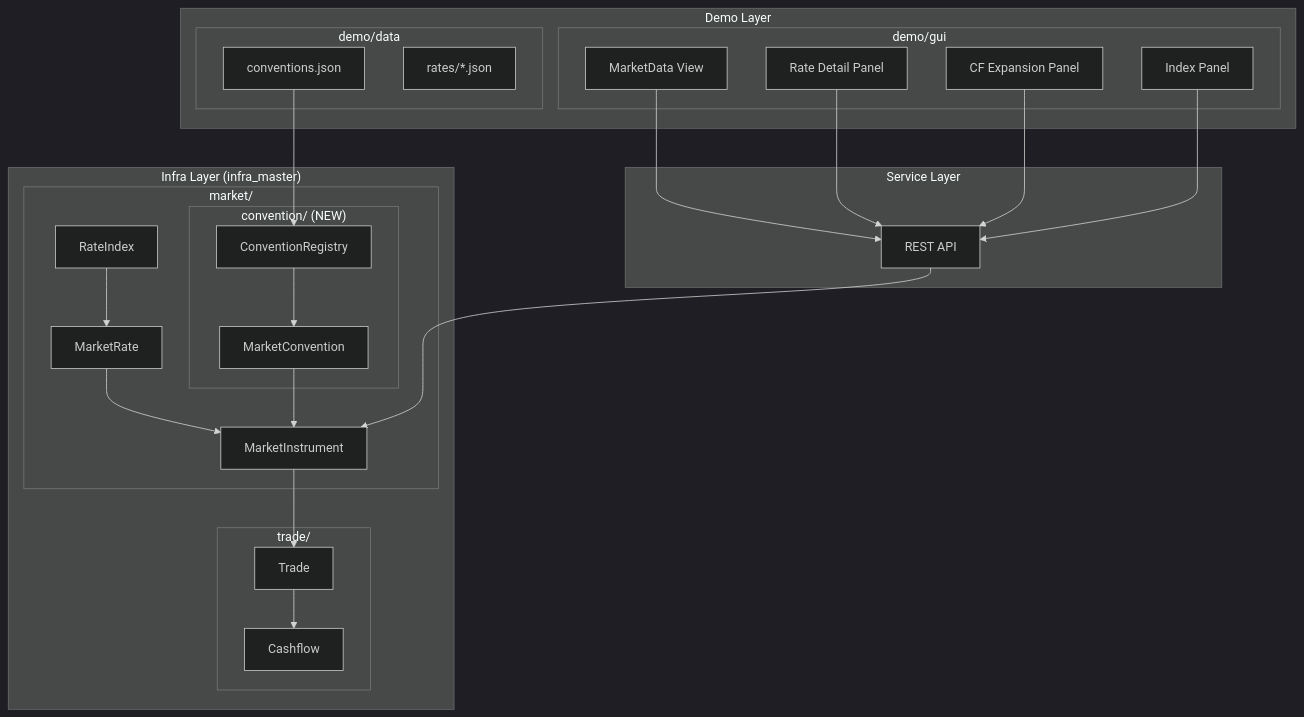
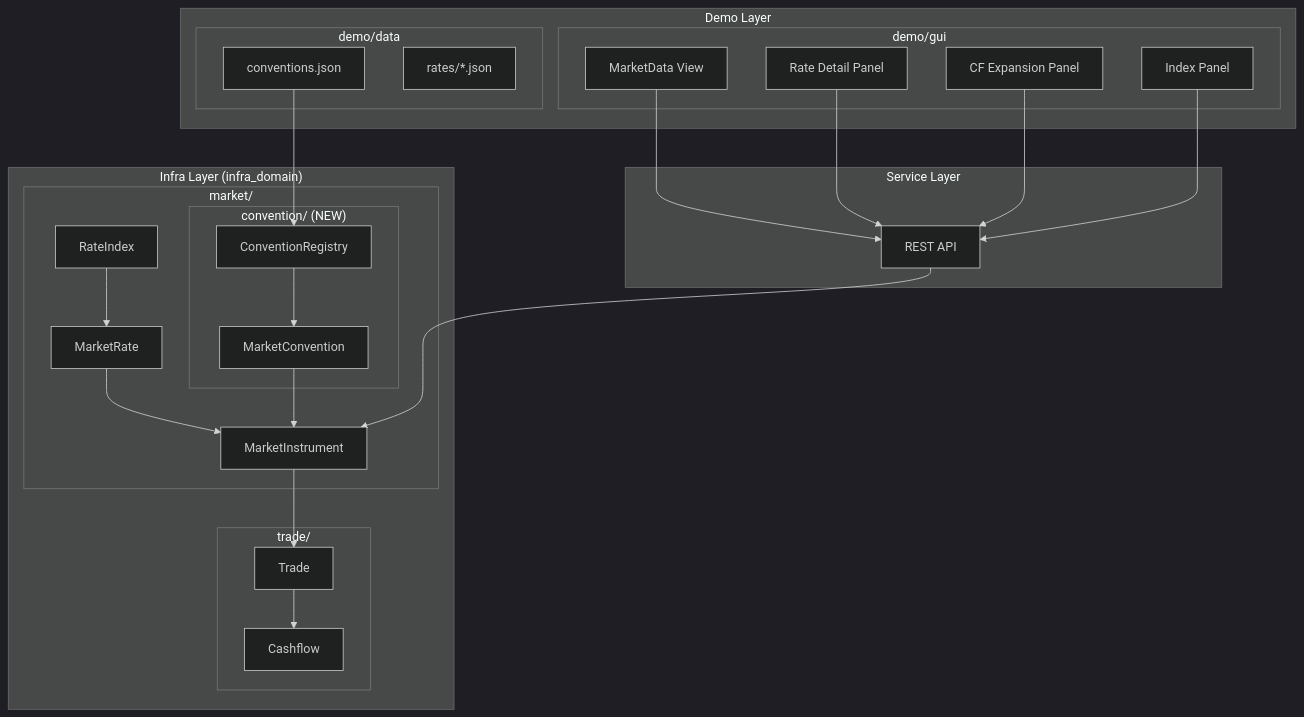
Before and after one commit to neutryx-lab/neutryx-rust: the first of 4 diagrams in .kiro/specs/market-convention-instrument/design.md, drawn with Mermaid (dark theme). The commit also changed other lines of this file and 303 other files, not shown here.

First line of the commit message:
Refactor imports from `infra_master` to `infra_domain`

````diff
--- a/.kiro/specs/market-convention-instrument/design.md
+++ b/.kiro/specs/market-convention-instrument/design.md
@@ -46,49 +46,49 @@
 ```mermaid
 graph TB
-    subgraph "Infra Layer (infra_master)"
+    subgraph "Infra Layer (infra_domain)"
         subgraph "market/"
             RateIndex[RateIndex]
             MarketRate[MarketRate]
             subgraph "convention/ (NEW)"
                 MC[MarketConvention]
                 CR[ConventionRegistry]
             end
             MI[MarketInstrument]
         end
         subgraph "trade/"
             Trade[Trade]
             CF[Cashflow]
         end
     end
 
     subgraph "Demo Layer"
         subgraph "demo/gui"
             MDV[MarketData View]
             RDP[Rate Detail Panel]
             CFP[CF Expansion Panel]
             IDP[Index Panel]
         end
         subgraph "demo/data"
             CONV_JSON[conventions.json]
             RATES_JSON[rates/*.json]
         end
     end
 
     subgraph "Service Layer"
         API[REST API]
     end
 
     RateIndex --> MarketRate
     MarketRate --> MI
     MC --> MI
     CR --> MC
     CONV_JSON --> CR
     MI --> Trade
     Trade --> CF
 
     API --> MI
     MDV --> API
     RDP --> API
     CFP --> API
     IDP --> API
 ```
````
